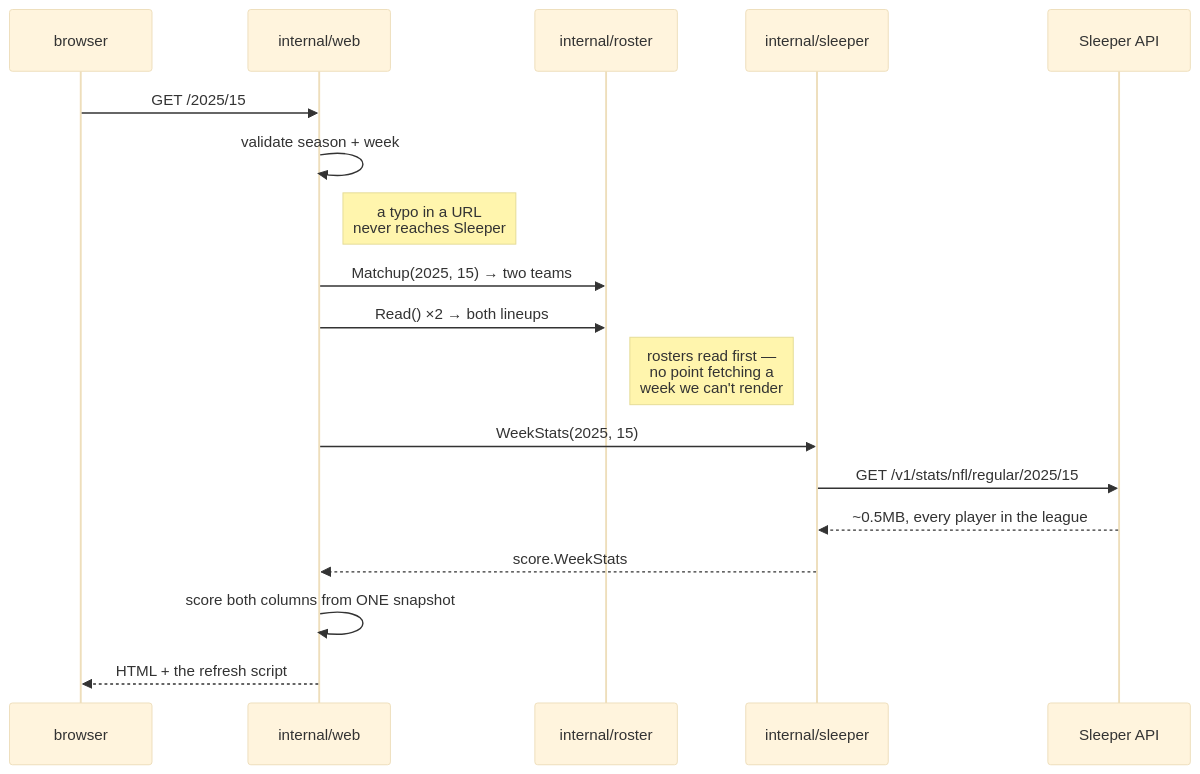
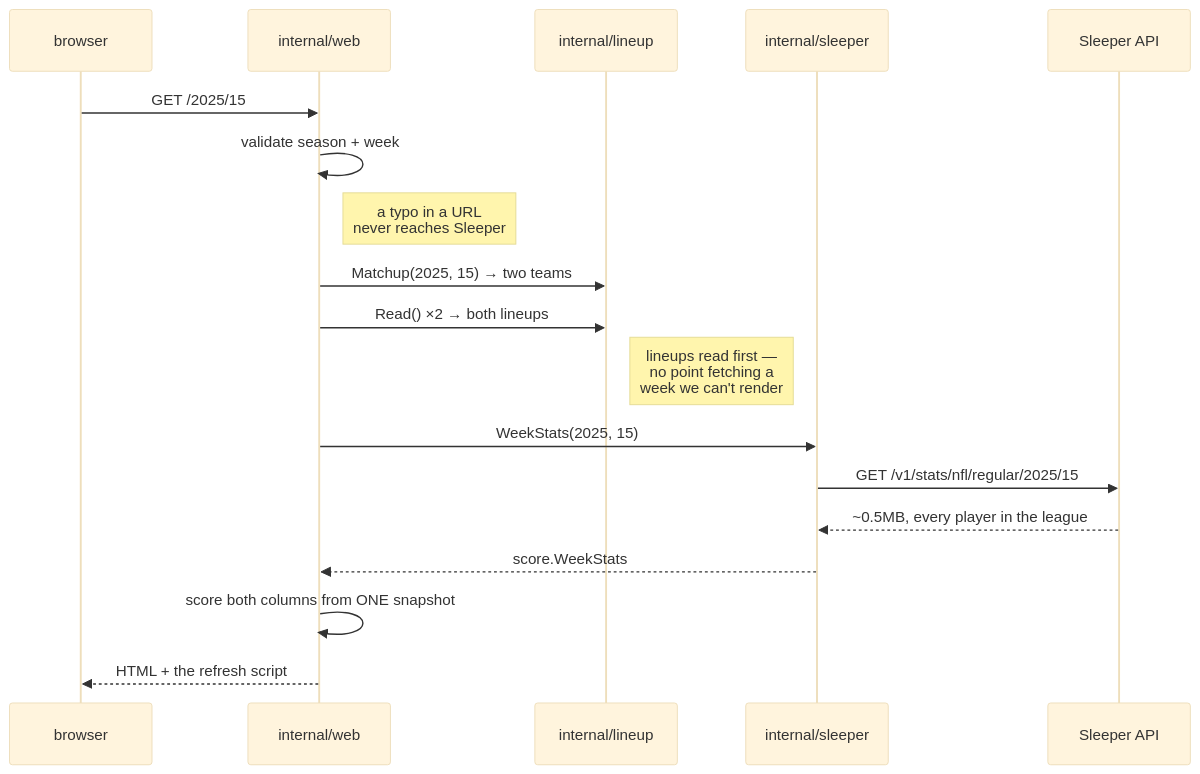
One commit to eshifrin-606/bojjaes changed the fourth of 6 diagrams in docs/architecture.md. Above: the diagram before and after it, drawn with Mermaid (base theme). The commit also changed other lines of this file and 35 other files, not shown here.

````diff
--- a/docs/architecture.md
+++ b/docs/architecture.md
@@ -84,21 +84,21 @@
 ```mermaid
 sequenceDiagram
     participant B as browser
     participant W as internal/web
-    participant R as internal/roster
+    participant R as internal/lineup
     participant S as internal/sleeper
     participant X as Sleeper API
 
     B->>W: GET /2025/15
     W->>W: validate season + week
     Note right of W: a typo in a URL<br/>never reaches Sleeper
     W->>R: Matchup(2025, 15) → two teams
     W->>R: Read() ×2 → both lineups
-    Note right of R: rosters read first —<br/>no point fetching a<br/>week we can't render
+    Note right of R: lineups read first —<br/>no point fetching a<br/>week we can't render
     W->>S: WeekStats(2025, 15)
     S->>X: GET /v1/stats/nfl/regular/2025/15
     X-->>S: ~0.5MB, every player in the league
     S-->>W: score.WeekStats
     W->>W: score both columns from ONE snapshot
     W-->>B: HTML + the refresh script
 ```
````
